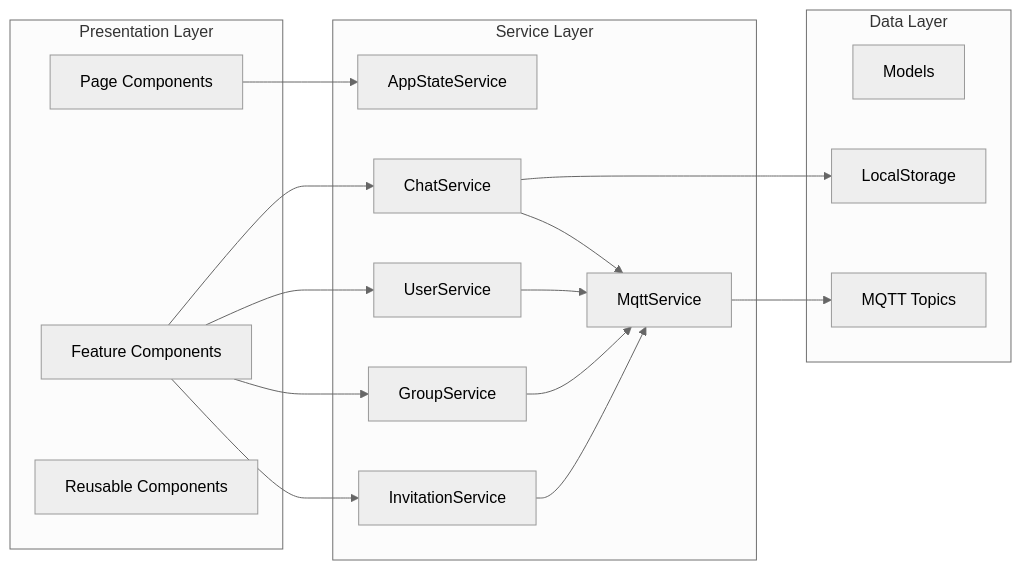
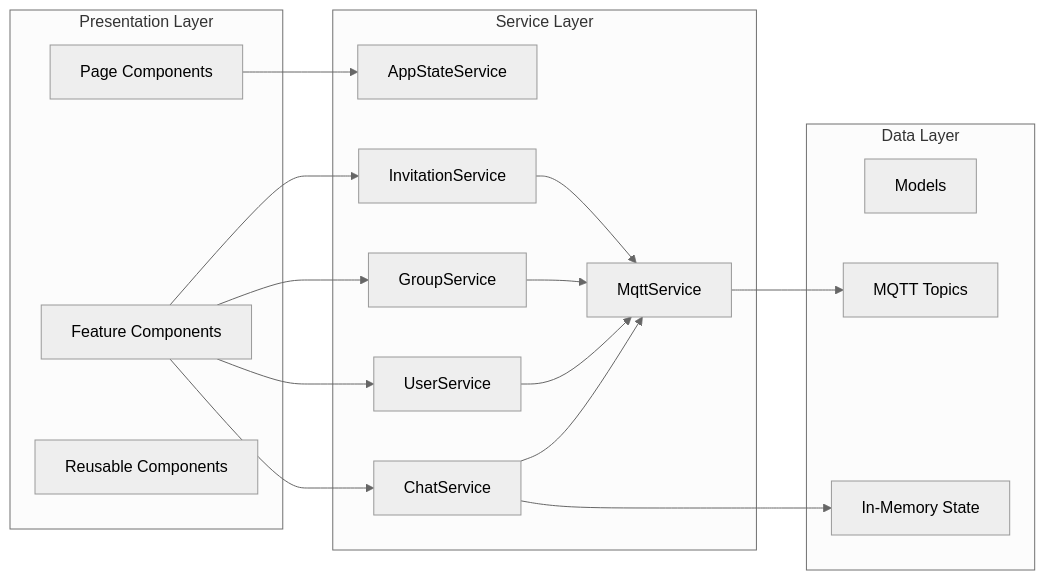
The second of 4 diagrams in reports/ARQUITETURA_SISTEMA.md (debora-rebelatto/mqtt-chat), drawn with Mermaid (neutral theme) before and after one commit. The commit also changed other lines of this file and 5 other files, not shown here.

````diff
--- a/reports/ARQUITETURA_SISTEMA.md
+++ b/reports/ARQUITETURA_SISTEMA.md
@@ -46,37 +46,37 @@
 ```mermaid
 graph LR
     subgraph "Presentation Layer"
         PC[Page Components]
         FC[Feature Components]
         RC[Reusable Components]
     end
     
     subgraph "Service Layer"
         AS[AppStateService]
         CS[ChatService]
         US[UserService]
         GS[GroupService]
         IS[InvitationService]
         MS[MqttService]
     end
     
     subgraph "Data Layer"
         M[Models]
-        LS[LocalStorage]
         MQTT[MQTT Topics]
+        MEM[In-Memory State]
     end
     
     PC --> AS
     FC --> CS
     FC --> US
     FC --> GS
     FC --> IS
     
     CS --> MS
     US --> MS
     GS --> MS
     IS --> MS
     
-    CS --> LS
+    CS --> MEM
     MS --> MQTT
 ```
````
